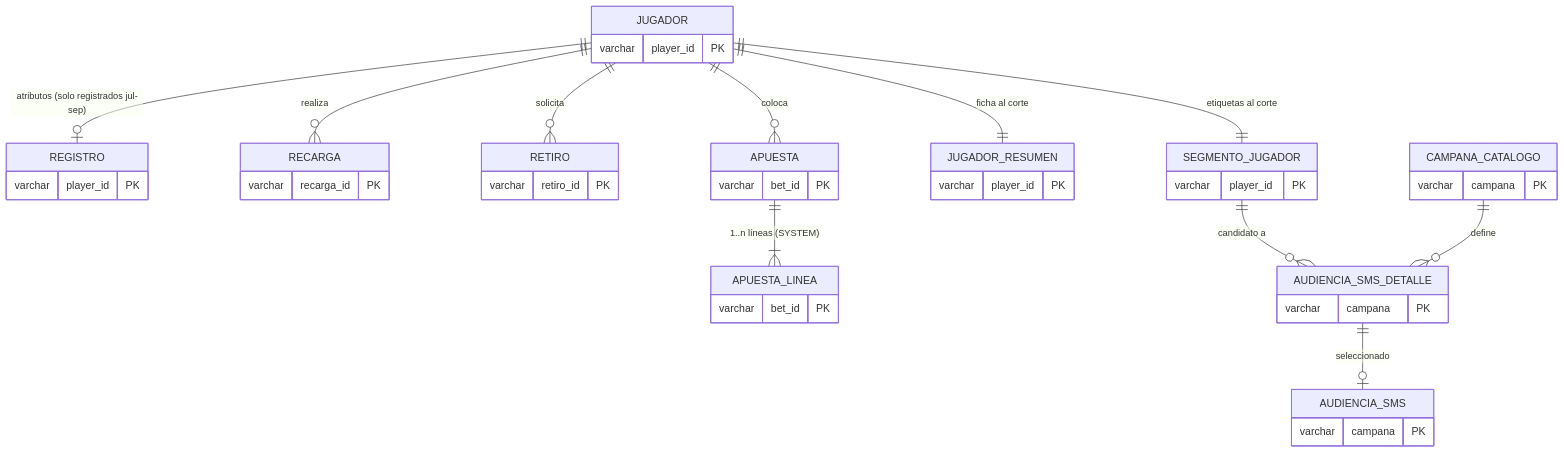
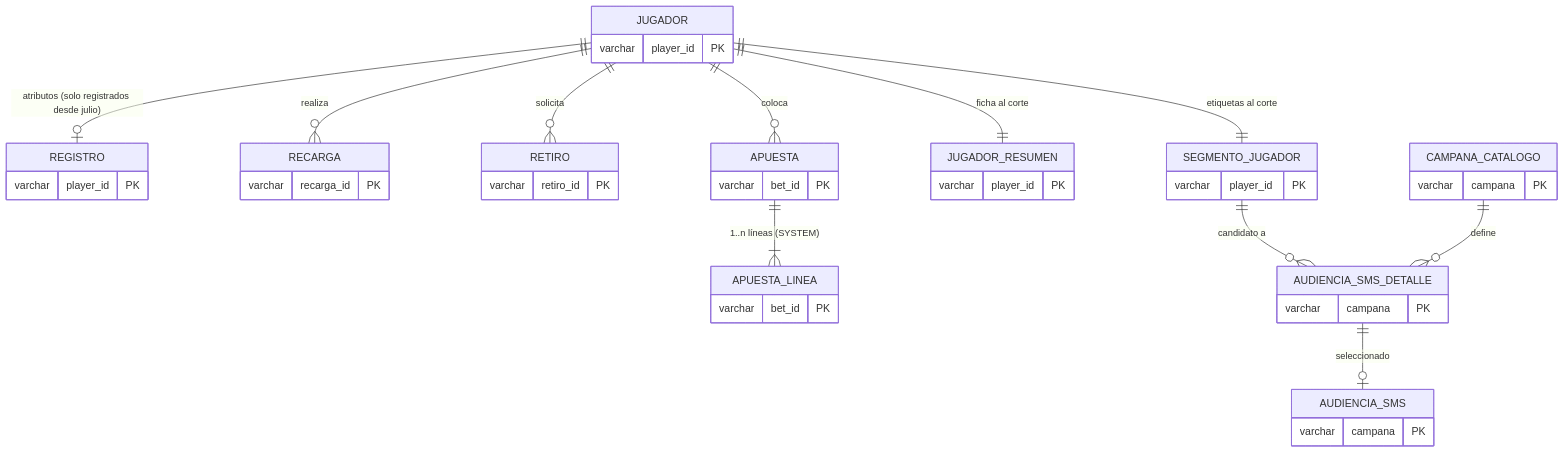
One commit to felipe-adcom/vincero_YAJuego changed the second of 2 diagrams in docs/02_arquitectura_modelo.md. Above: the diagram before and after it, drawn with Mermaid. The commit also changed other lines of this file and 7 other files, not shown here.

````diff
--- a/docs/02_arquitectura_modelo.md
+++ b/docs/02_arquitectura_modelo.md
@@ -41,25 +41,25 @@
 ```mermaid
 erDiagram
-  JUGADOR ||--o| REGISTRO : "atributos (solo registrados jul-sep)"
+  JUGADOR ||--o| REGISTRO : "atributos (solo registrados desde julio)"
   JUGADOR ||--o{ RECARGA : realiza
   JUGADOR ||--o{ RETIRO : solicita
   JUGADOR ||--o{ APUESTA : coloca
   APUESTA ||--|{ APUESTA_LINEA : "1..n líneas (SYSTEM)"
   JUGADOR ||--|| JUGADOR_RESUMEN : "ficha al corte"
   JUGADOR ||--|| SEGMENTO_JUGADOR : "etiquetas al corte"
   SEGMENTO_JUGADOR ||--o{ AUDIENCIA_SMS_DETALLE : "candidato a"
   CAMPANA_CATALOGO ||--o{ AUDIENCIA_SMS_DETALLE : define
   AUDIENCIA_SMS_DETALLE ||--o| AUDIENCIA_SMS : "seleccionado"
 
   JUGADOR { varchar player_id PK }
   REGISTRO { varchar player_id PK }
   RECARGA { varchar recarga_id PK }
   RETIRO { varchar retiro_id PK }
   APUESTA { varchar bet_id PK }
   APUESTA_LINEA { varchar bet_id PK }
   JUGADOR_RESUMEN { varchar player_id PK }
   SEGMENTO_JUGADOR { varchar player_id PK }
   CAMPANA_CATALOGO { varchar campana PK }
   AUDIENCIA_SMS_DETALLE { varchar campana PK }
   AUDIENCIA_SMS { varchar campana PK }
 ```
````
